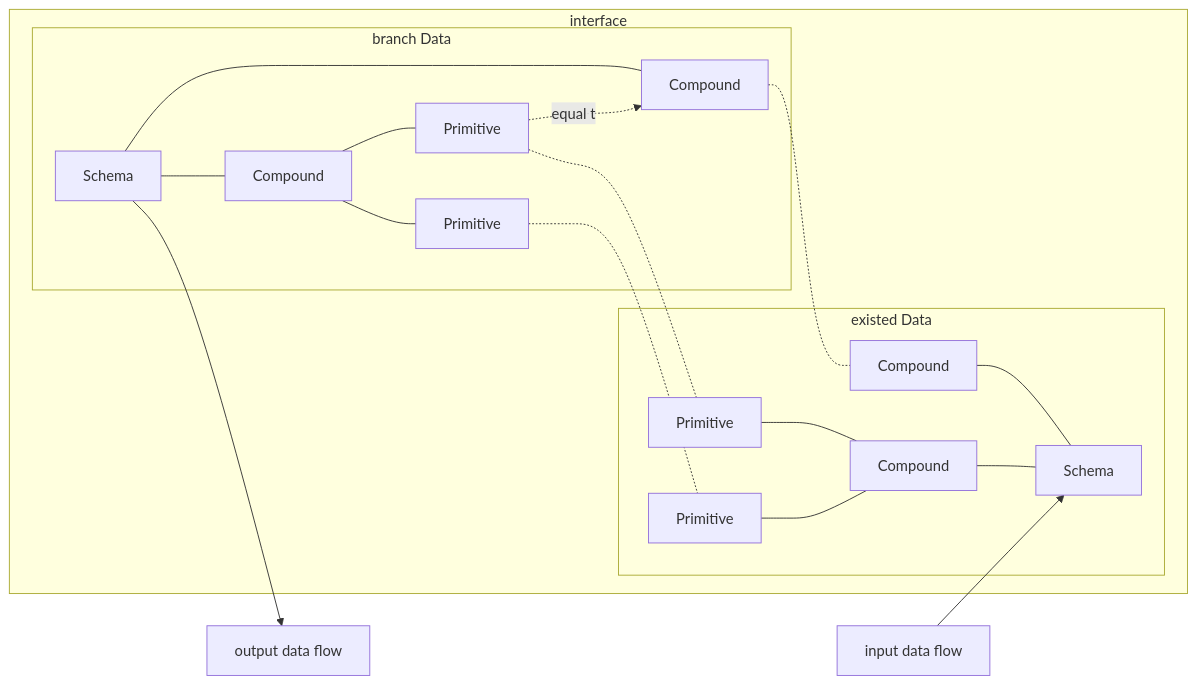
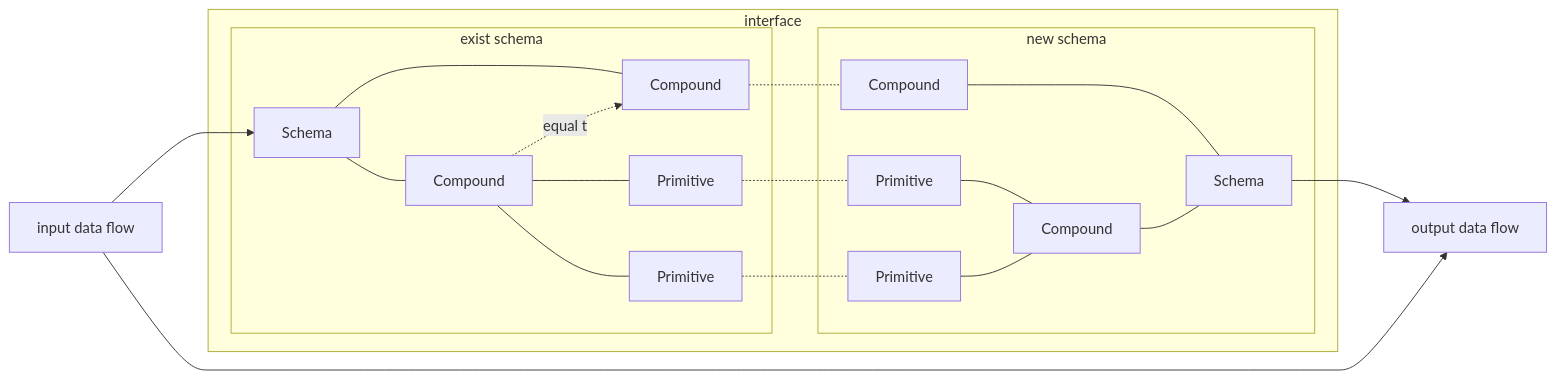
Before and after one commit to windwhiterain/Elf: the seventh of 11 diagrams in readme.md, drawn with Mermaid. The commit also changed other lines of this file, not shown here.

````diff
--- a/readme.md
+++ b/readme.md
@@ -122,21 +151,22 @@
 ```mermaid
 graph LR
-    io1[output data flow] 
-    io2[input data flow]
+    io1[input data flow] 
+    io2[output data flow]
     subgraph interface
-         subgraph g1[branch Data]
+         subgraph g1[exist schema]
             s1[Schema]---c3[Compound] & c1[Compound] 
             c1---p2[Primitive] & p1[Primitive] 
          end
-         subgraph g2[existed Data]
+         subgraph g2[new schema]
             c4[Compound] & c2[Compound]---s2[Schema]
             p5[Primitive] & p6[Primitive]---c2
          end
          p2-.-p5
          p1-.-p6
          c3-.-c4
-         p2-.equal to.->c3
+         c1-.equal to.->c3
     end
-    s1-->io1
-    io2-->s2
+    io1-->s1
+    s2-->io2
+    io1-->io2
 ```
````
